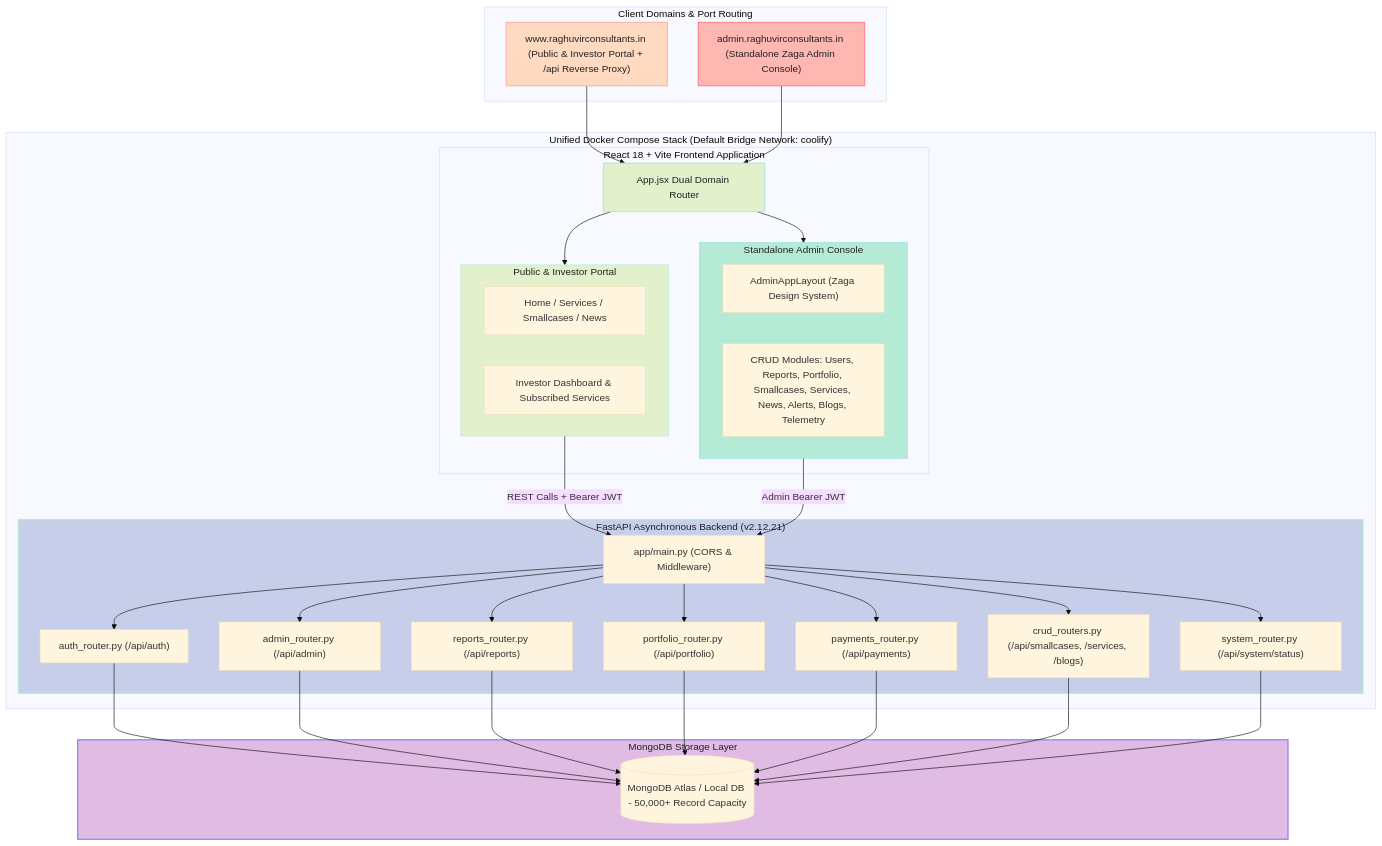
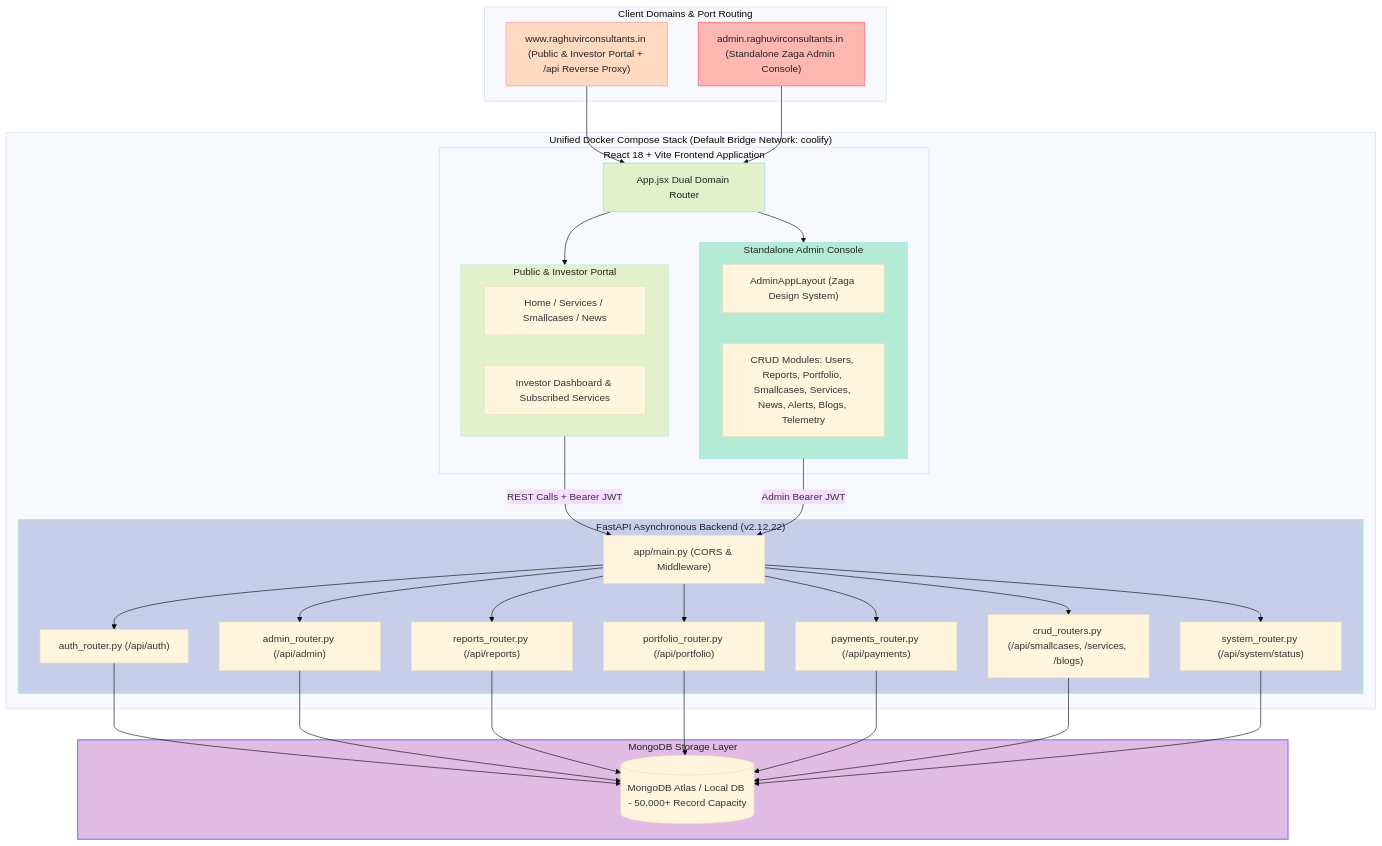
Before and after one commit to tejasrsuthar/raghuvirconsultants-site: the first of 2 diagrams in backend/docs/ARCHITECTURE.md, drawn with Mermaid (base theme). The commit also changed other lines of this file and 8 other files, not shown here.

````diff
--- a/backend/docs/ARCHITECTURE.md
+++ b/backend/docs/ARCHITECTURE.md
@@ -14,72 +14,72 @@
 ```mermaid
 graph TD
     subgraph ClientDomains["Client Domains & Port Routing"]
         PublicDomain["www.raghuvirconsultants.in (Public & Investor Portal + /api Reverse Proxy)"]
         AdminDomain["admin.raghuvirconsultants.in (Standalone Zaga Admin Console)"]
     end
 
     subgraph ComposeStack["Unified Docker Compose Stack (Default Bridge Network: coolify)"]
         subgraph ReactFrontend["React 18 + Vite Frontend Application"]
             AppRouter["App.jsx Dual Domain Router"]
             
             subgraph PublicPortal["Public & Investor Portal"]
               PublicViews["Home / Services / Smallcases / News"]
               InvestorPortal["Investor Dashboard & Subscribed Services"]
             end
 
             subgraph ZagaAdmin["Standalone Admin Console"]
               AdminLayout["AdminAppLayout (Zaga Design System)"]
               AdminModules["CRUD Modules: Users, Reports, Portfolio, Smallcases, Services, News, Alerts, Blogs, Telemetry"]
             end
         end
 
-        subgraph FastAPIServer["FastAPI Asynchronous Backend (v2.12.21)"]
+        subgraph FastAPIServer["FastAPI Asynchronous Backend (v2.12.22)"]
             API["app/main.py (CORS & Middleware)"]
             AuthRouter["auth_router.py (/api/auth)"]
             AdminRouter["admin_router.py (/api/admin)"]
             ReportsRouter["reports_router.py (/api/reports)"]
             PortfolioRouter["portfolio_router.py (/api/portfolio)"]
             PaymentsRouter["payments_router.py (/api/payments)"]
             CRUDRouters["crud_routers.py (/api/smallcases, /services, /blogs)"]
             SystemRouter["system_router.py (/api/system/status)"]
         end
     end
 
     subgraph DataStore["MongoDB Storage Layer"]
         MongoDB[(MongoDB Atlas / Local DB - 50,000+ Record Capacity)]
     end
 
     PublicDomain --> AppRouter
     AdminDomain --> AppRouter
 
     AppRouter --> PublicPortal
     AppRouter --> ZagaAdmin
 
     PublicPortal -->|REST Calls + Bearer JWT| API
     ZagaAdmin -->|Admin Bearer JWT| API
 
     API --> AuthRouter
     API --> AdminRouter
     API --> ReportsRouter
     API --> PortfolioRouter
     API --> PaymentsRouter
     API --> CRUDRouters
     API --> SystemRouter
 
     AuthRouter --> MongoDB
     AdminRouter --> MongoDB
     ReportsRouter --> MongoDB
     PortfolioRouter --> MongoDB
     PaymentsRouter --> MongoDB
     CRUDRouters --> MongoDB
     SystemRouter --> MongoDB
 
     %% Pastel Color Palette Styling
     style PublicDomain fill:#FFDAC1,stroke:#FFB7B2,stroke-width:2px,color:#222;
     style AdminDomain fill:#FFB7B2,stroke:#FF8B94,stroke-width:2px,color:#222;
     style AppRouter fill:#E2F0CB,stroke:#B5EAD7,stroke-width:2px,color:#222;
     style PublicPortal fill:#E2F0CB,stroke:#B5EAD7,stroke-width:1px,color:#222;
     style ZagaAdmin fill:#B5EAD7,stroke:#93E1D8,stroke-width:1px,color:#222;
     style FastAPIServer fill:#C7CEEA,stroke:#B5EAD7,stroke-width:2px,color:#222;
     style DataStore fill:#E0BBE4,stroke:#957FEF,stroke-width:2px,color:#222;
 ```
````
